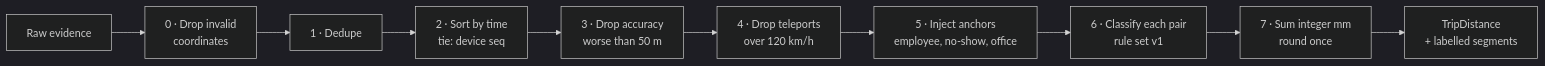
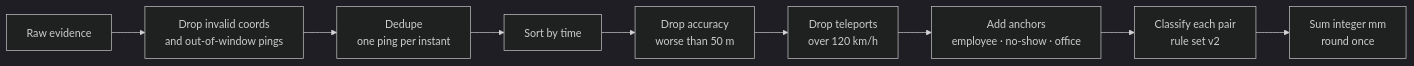
The third of 4 diagrams in docs/DESIGN.md (akshat-nawaria/trip-ledger), drawn with Mermaid (dark theme) before and after one commit. The commit also changed other lines of this file and 4 other files, not shown here.

````diff
--- a/docs/DESIGN.md
+++ b/docs/DESIGN.md
@@ -223,12 +145,11 @@
 ```mermaid
 flowchart LR
-    A["Raw evidence"] --> Z["0 · Drop invalid<br/>coordinates"]
-    Z --> B["1 · Dedupe"]
-    B --> C["2 · Sort by time<br/>tie: device seq"]
-    C --> D["3 · Drop accuracy<br/>worse than 50 m"]
-    D --> E["4 · Drop teleports<br/>over 120 km/h"]
-    E --> F["5 · Inject anchors<br/>employee, no-show, office"]
-    F --> G["6 · Classify each pair<br/>rule set v1"]
-    G --> H["7 · Sum integer mm<br/>round once"]
-    H --> I["TripDistance<br/>+ labelled segments"]
+    A["Raw evidence"] --> B["Drop invalid coords<br/>and out-of-window pings"]
+    B --> C["Dedupe<br/>one ping per instant"]
+    C --> D["Sort by time"]
+    D --> E["Drop accuracy<br/>worse than 50 m"]
+    E --> F["Drop teleports<br/>over 120 km/h"]
+    F --> G["Add anchors<br/>employee · no-show · office"]
+    G --> H["Classify each pair<br/>rule set v2"]
+    H --> I["Sum integer mm<br/>round once"]
 ```
````
